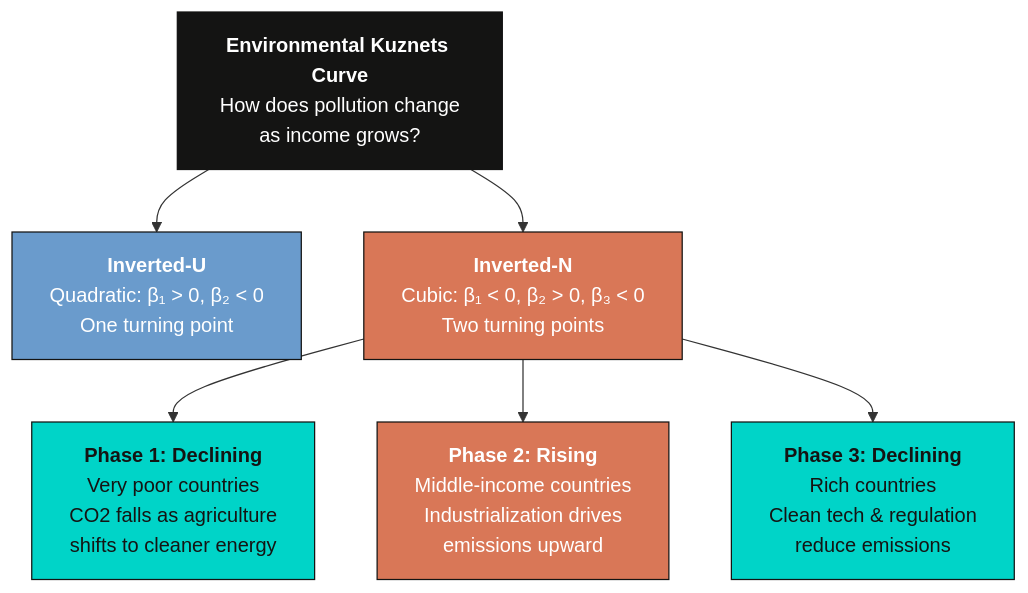
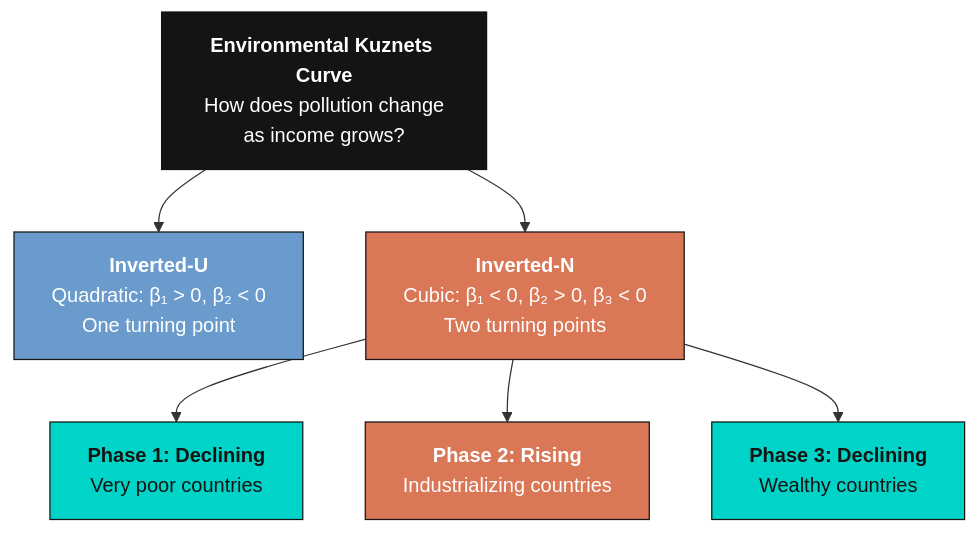
Before and after one commit to cmg777/starter-academic-v501: the second of 4 diagrams in content/post/stata_bma_dsl/index.md, drawn with Mermaid. The commit also changed other lines of this file and 14 other files, not shown here.

````diff
--- a/content/post/stata_bma_dsl/index.md
+++ b/content/post/stata_bma_dsl/index.md
@@ -204,18 +193,18 @@
 ```mermaid
 graph TD
     EKC["<b>Environmental Kuznets Curve</b><br/>How does pollution change<br/>as income grows?"]
 
     EKC --> IU["<b>Inverted-U</b><br/>Quadratic: β₁ > 0, β₂ < 0<br/>One turning point"]
     EKC --> IN["<b>Inverted-N</b><br/>Cubic: β₁ < 0, β₂ > 0, β₃ < 0<br/>Two turning points"]
 
-    IN --> P1["<b>Phase 1: Declining</b><br/>Very poor countries<br/>CO2 falls as agriculture<br/>shifts to cleaner energy"]
-    IN --> P2["<b>Phase 2: Rising</b><br/>Middle-income countries<br/>Industrialization drives<br/>emissions upward"]
-    IN --> P3["<b>Phase 3: Declining</b><br/>Rich countries<br/>Clean tech & regulation<br/>reduce emissions"]
+    IN --> P1["<b>Phase 1: Declining</b><br/>Very poor countries"]
+    IN --> P2["<b>Phase 2: Rising</b><br/>Industrializing countries"]
+    IN --> P3["<b>Phase 3: Declining</b><br/>Wealthy countries"]
 
     style EKC fill:#141413,stroke:#141413,color:#fff
     style IU fill:#6a9bcc,stroke:#141413,color:#fff
     style IN fill:#d97757,stroke:#141413,color:#fff
     style P1 fill:#00d4c8,stroke:#141413,color:#141413
     style P2 fill:#d97757,stroke:#141413,color:#fff
     style P3 fill:#00d4c8,stroke:#141413,color:#141413
 ```
````
